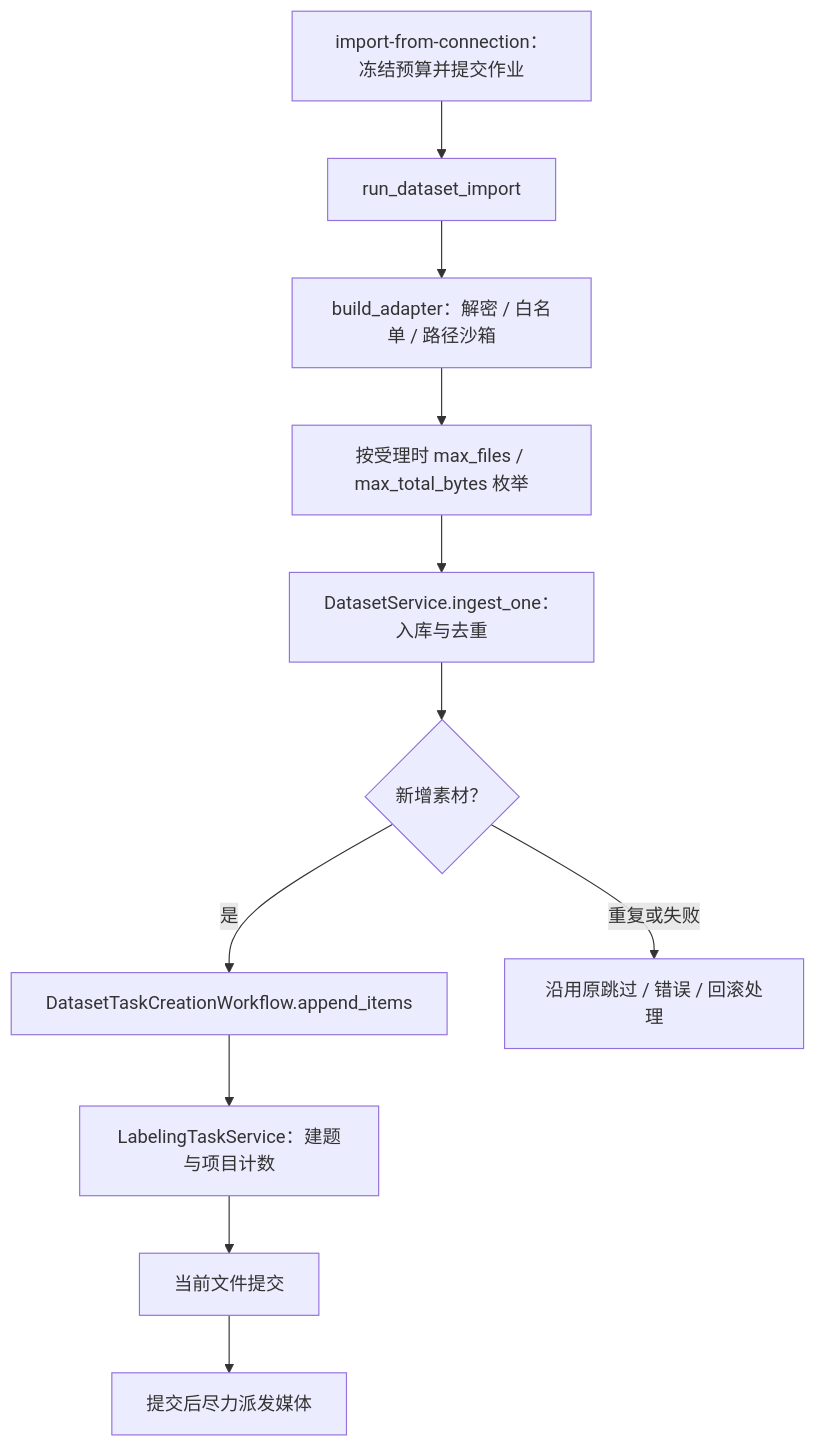
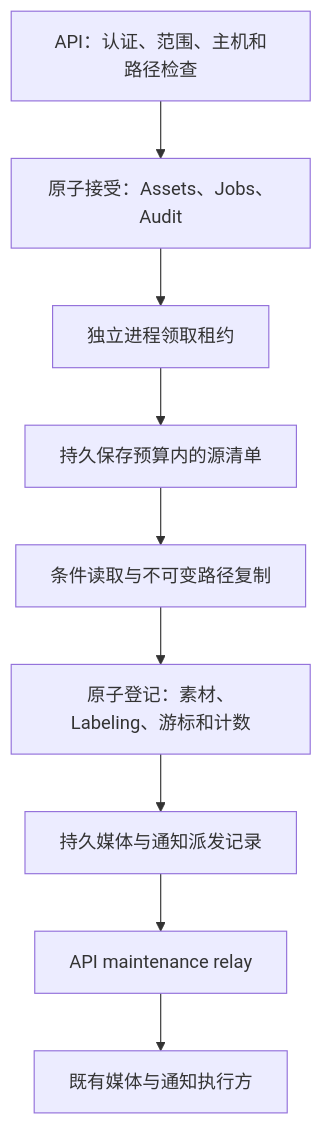
One commit to YOAO-Labs/ai-annotation-platform changed the diagram in docs-site/dev/concepts/storage-connections.md. Above: the diagram before and after it, drawn with Mermaid. The commit also changed other lines of this file and 35 other files, not shown here.

````diff
--- a/docs-site/dev/concepts/storage-connections.md
+++ b/docs-site/dev/concepts/storage-connections.md
@@ -108,13 +107,11 @@
 ```mermaid
 flowchart TD
-    Request["import-from-connection：冻结预算并提交作业"] --> Worker["run_dataset_import"]
-    Worker --> Adapter["build_adapter：解密 / 白名单 / 路径沙箱"]
-    Adapter --> Enumerate["按受理时 max_files / max_total_bytes 枚举"]
-    Enumerate --> Asset["DatasetService.ingest_one：入库与去重"]
-    Asset --> Added{"新增素材？"}
-    Added -->|是| Tasks["DatasetTaskCreationWorkflow.append_items"]
-    Tasks --> Labeling["LabelingTaskService：建题与项目计数"]
-    Labeling --> Commit["当前文件提交"]
-    Commit --> Media["提交后尽力派发媒体"]
-    Added -->|重复或失败| Outcome["沿用原跳过 / 错误 / 回滚处理"]
+    Request["API：认证、范围、主机和路径检查"] --> Accept["原子接受：Assets、Jobs、Audit"]
+    Accept --> Worker["独立进程领取租约"]
+    Worker --> Manifest["持久保存预算内的源清单"]
+    Manifest --> Copy["条件读取与不可变路径复制"]
+    Copy --> Commit["原子登记：素材、Labeling、游标和计数"]
+    Commit --> Outbox["持久媒体与通知派发记录"]
+    Outbox --> Relay["API maintenance relay"]
+    Relay --> Media["既有媒体与通知执行方"]
 ```
````
